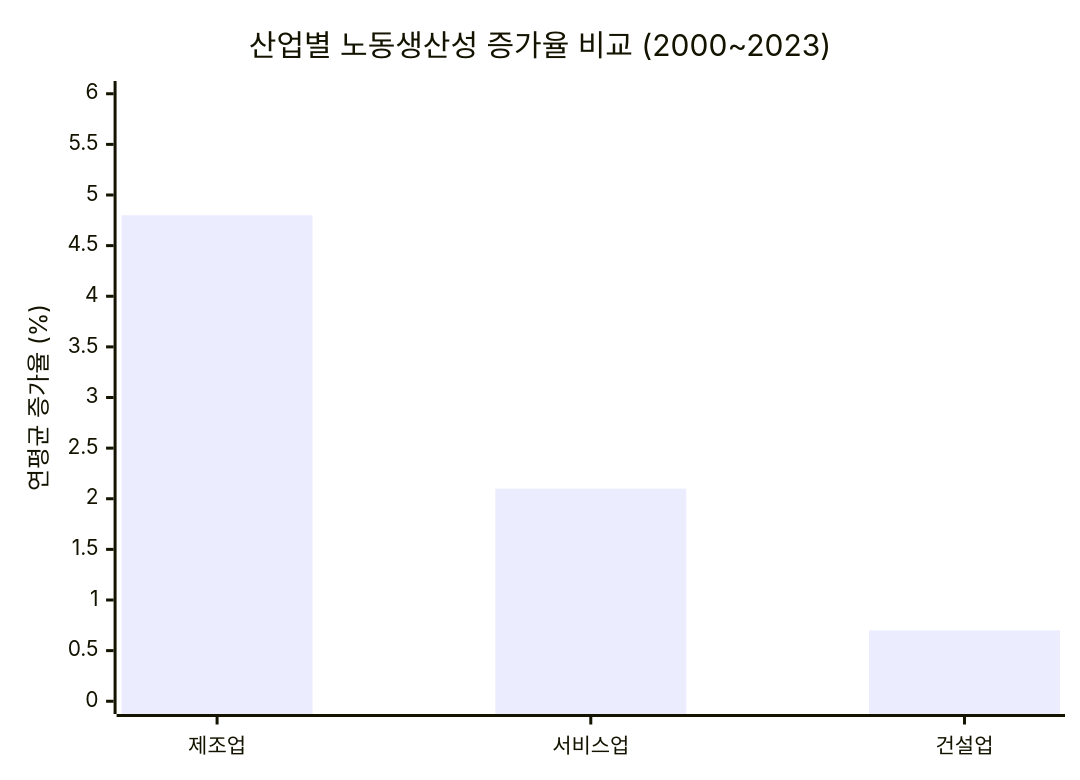
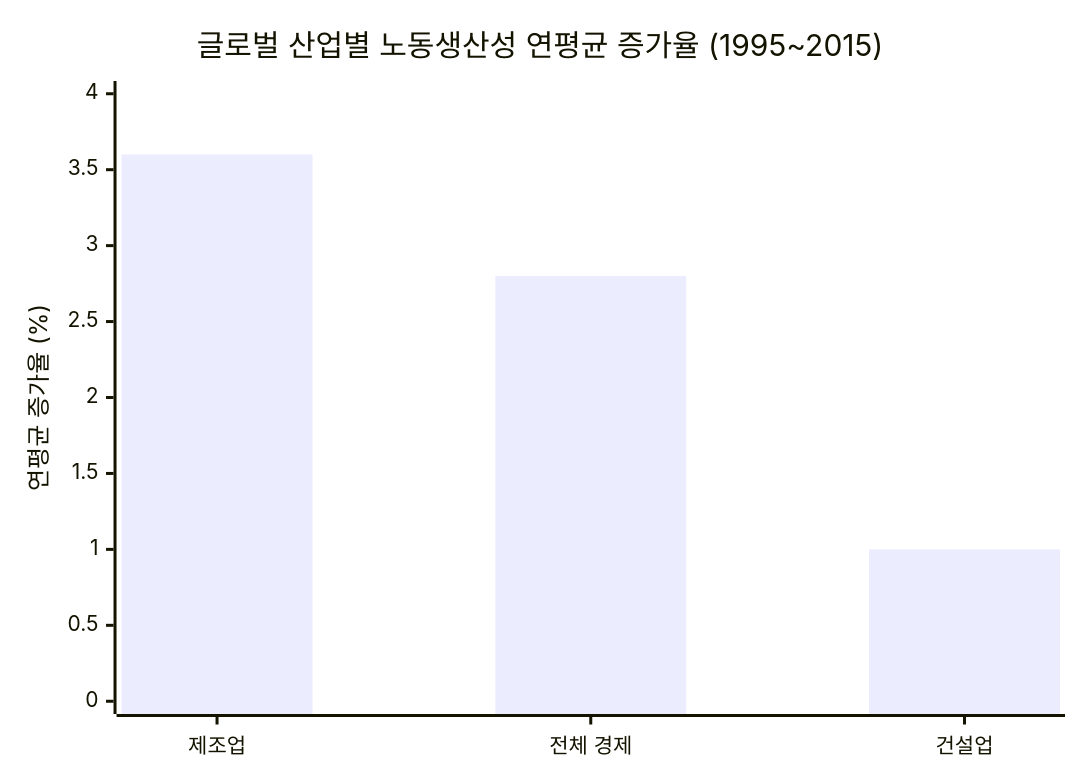
The first of 4 diagrams in content/01-Notes/L04-건축공학의-미래.md (baekja/Lecture_Intro-AE), drawn with Mermaid before and after one commit. The commit also changed other lines of this file and 1 other file, not shown here.

````diff
--- a/content/01-Notes/L04-건축공학의-미래.md
+++ b/content/01-Notes/L04-건축공학의-미래.md
@@ -64,7 +67,7 @@
 ```mermaid
 xychart-beta
-    title "산업별 노동생산성 증가율 비교 (2000~2023)"
-    x-axis ["제조업", "서비스업", "건설업"]
-    y-axis "연평균 증가율 (%)" 0 --> 6
-    bar [4.8, 2.1, 0.7]
+    title "글로벌 산업별 노동생산성 연평균 증가율 (1995~2015)"
+    x-axis ["제조업", "전체 경제", "건설업"]
+    y-axis "연평균 증가율 (%)" 0 --> 4
+    bar [3.6, 2.8, 1.0]
 ```
````
